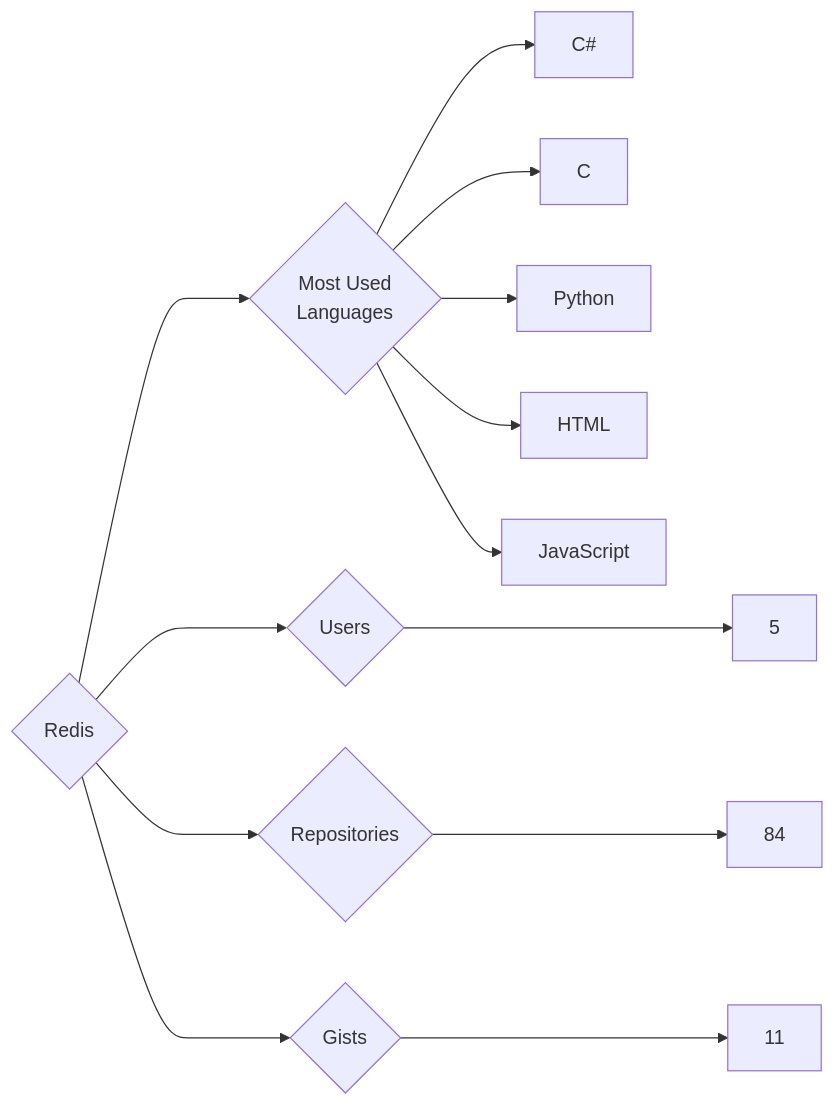
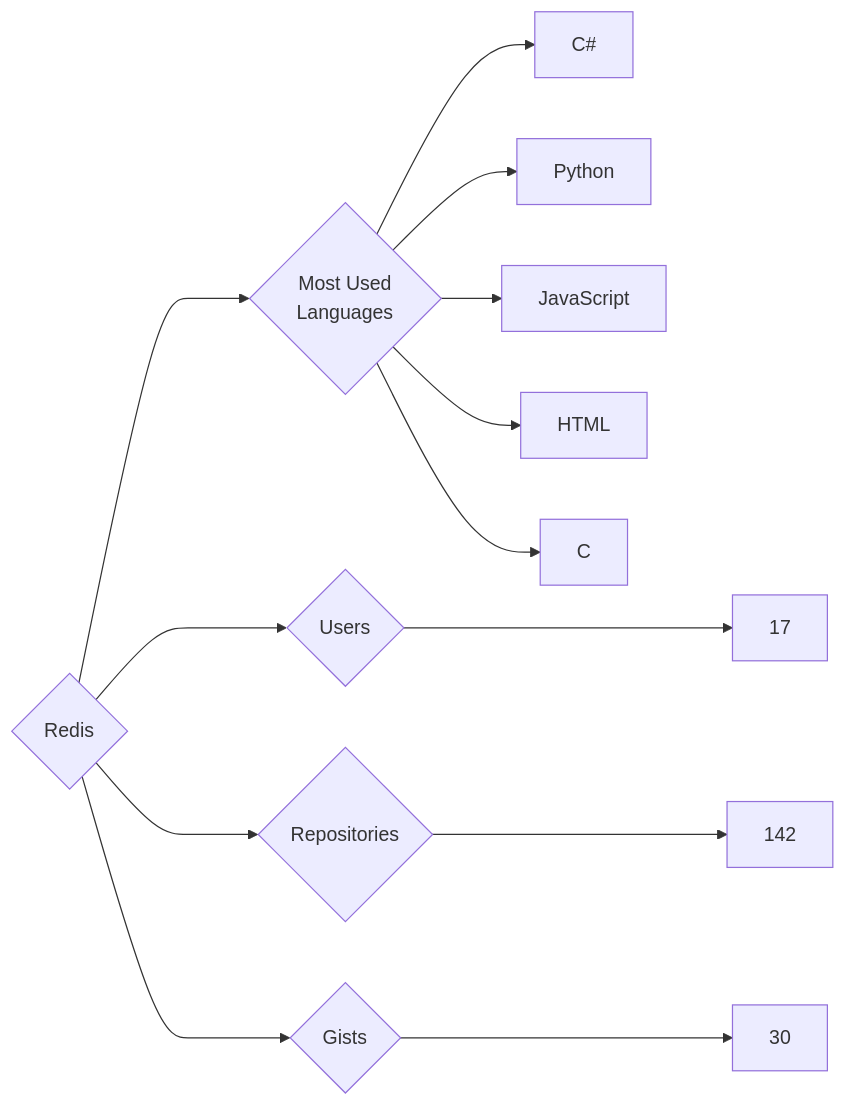
One commit to trickest/insiders changed the diagram in targets/Redis/README.md. Above: the diagram before and after it, drawn with Mermaid. The commit also changed 1696 other files, not shown here.

````diff
--- a/targets/Redis/README.md
+++ b/targets/Redis/README.md
@@ -3,13 +3,13 @@
 ```mermaid
 graph LR
 COMPANY_NAME{Redis}
-COMPANY_NAME ---> U{Users} ---> UN[5]
-COMPANY_NAME ---> R{Repositories} ---> RN[84]
-COMPANY_NAME ---> G{Gists} ---> GN[11]
+COMPANY_NAME ---> U{Users} ---> UN[17]
+COMPANY_NAME ---> R{Repositories} ---> RN[142]
+COMPANY_NAME ---> G{Gists} ---> GN[30]
 COMPANY_NAME ---> ML{Most Used<br>Languages}
 ML --> C#[C#]
+ML --> Python[Python]
+ML --> JavaScript[JavaScript]
+ML --> HTML[HTML]
 ML --> C[C]
-ML --> Python[Python]
-ML --> HTML[HTML]
-ML --> JavaScript[JavaScript]
 ```
````
